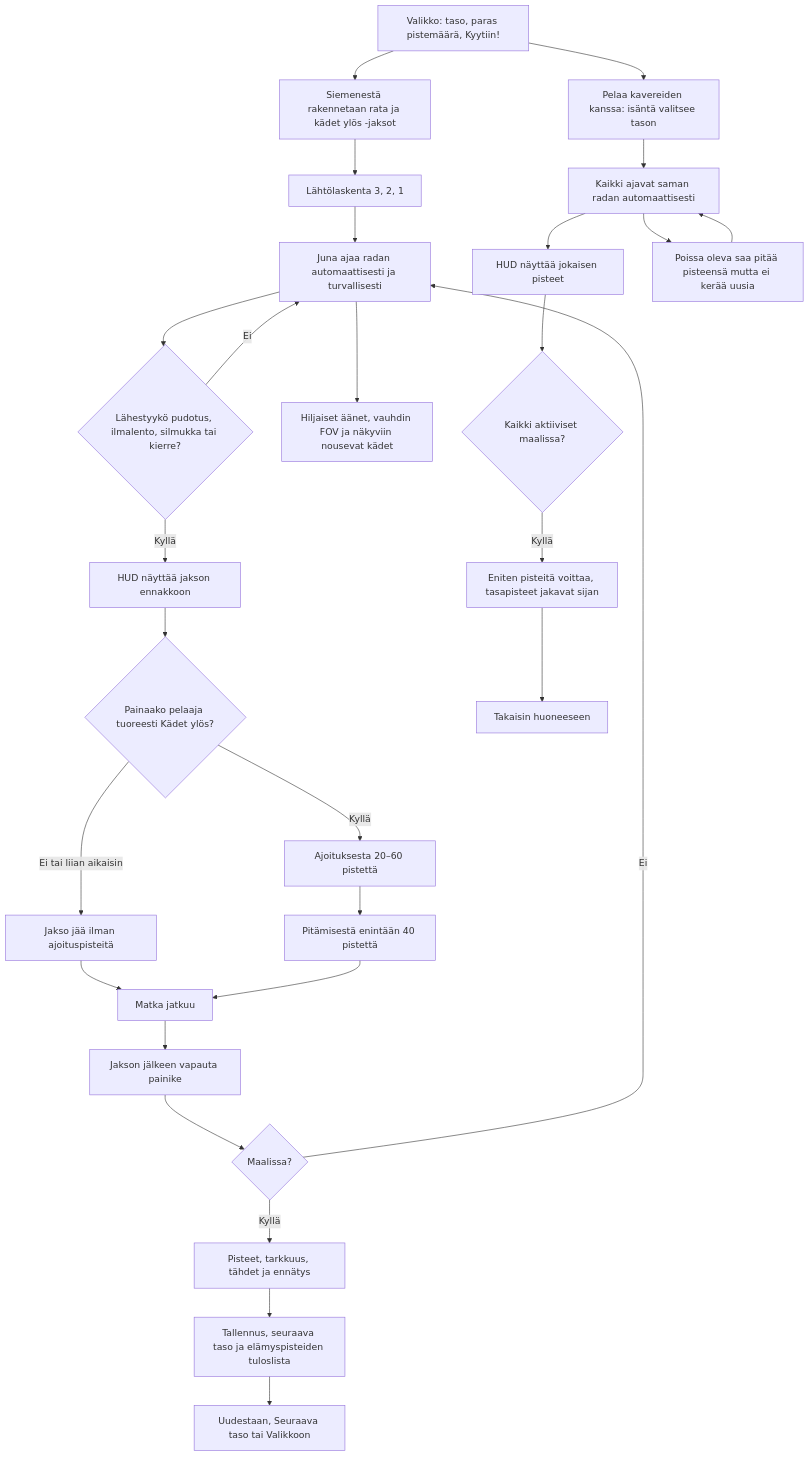
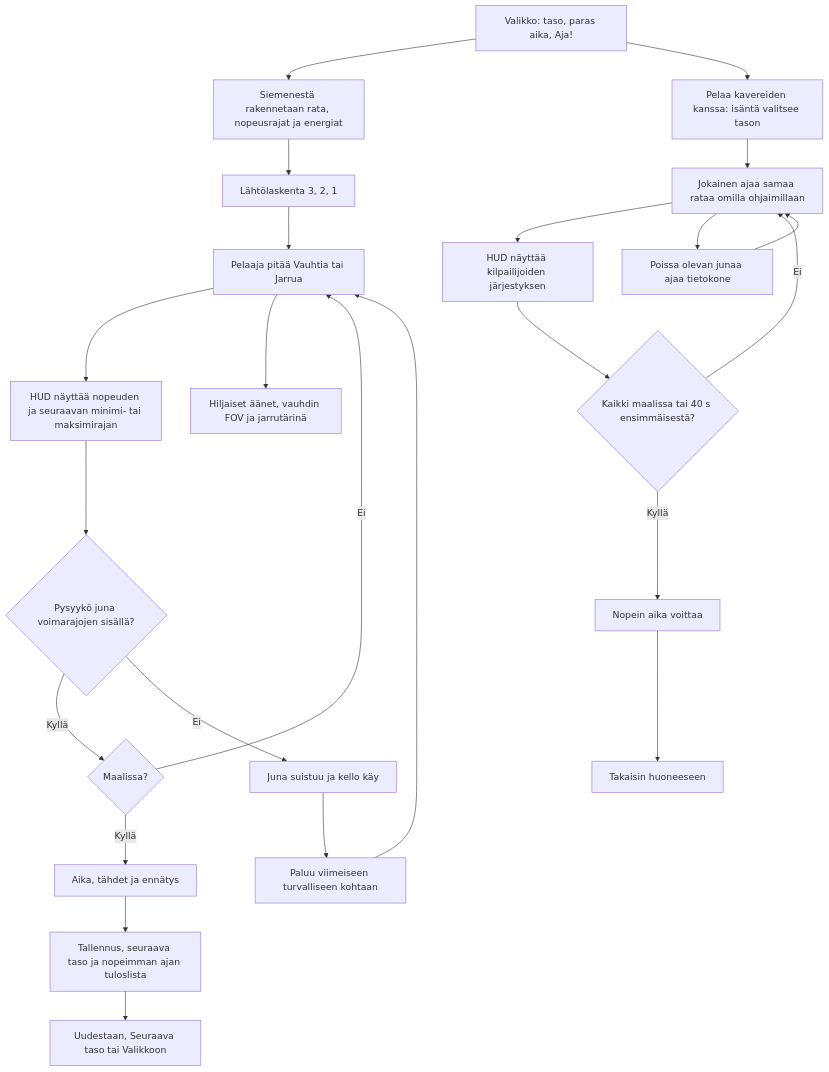
One commit to eerovil/ai-pelit changed the diagram in docs/diagrams/vuoristorata.md. Above: the diagram before and after it, drawn with Mermaid. The commit also changed other lines of this file and 12 other files, not shown here.

````diff
--- a/docs/diagrams/vuoristorata.md
+++ b/docs/diagrams/vuoristorata.md
@@ -11,37 +7,32 @@
 ```mermaid
 flowchart TD
-  A[Valikko: taso, paras pistemäärä, Kyytiin!] --> B[Siemenestä rakennetaan rata ja kädet ylös -jaksot]
+  A[Valikko: taso, paras aika, Aja!] --> B[Siemenestä rakennetaan rata, nopeusrajat ja energiat]
   B --> C[Lähtölaskenta 3, 2, 1]
-  C --> D[Juna ajaa radan automaattisesti ja turvallisesti]
-  D --> E{Lähestyykö pudotus, ilmalento, silmukka tai kierre?}
-  E -- Ei --> D
-  E -- Kyllä --> F[HUD näyttää jakson ennakkoon]
-  F --> G{Painaako pelaaja tuoreesti Kädet ylös?}
-  G -- Ei tai liian aikaisin --> H[Jakso jää ilman ajoituspisteitä]
-  G -- Kyllä --> I[Ajoituksesta 20–60 pistettä]
-  I --> J[Pitämisestä enintään 40 pistettä]
-  H --> K[Matka jatkuu]
-  J --> K
-  K --> L[Jakson jälkeen vapauta painike]
-  L --> M{Maalissa?}
-  M -- Ei --> D
-  M -- Kyllä --> N[Pisteet, tarkkuus, tähdet ja ennätys]
-  N --> O[Tallennus, seuraava taso ja elämyspisteiden tuloslista]
-  O --> P[Uudestaan, Seuraava taso tai Valikkoon]
-  D --> Q[Hiljaiset äänet, vauhdin FOV ja näkyviin nousevat kädet]
-  A --> R[Pelaa kavereiden kanssa: isäntä valitsee tason]
-  R --> S[Kaikki ajavat saman radan automaattisesti]
-  S --> T[HUD näyttää jokaisen pisteet]
-  T --> U{Kaikki aktiiviset maalissa?}
-  U -- Kyllä --> V[Eniten pisteitä voittaa, tasapisteet jakavat sijan]
-  V --> W[Takaisin huoneeseen]
-  S --> X[Poissa oleva saa pitää pisteensä mutta ei kerää uusia]
-  X --> S
-  class A,C,F,I,J,L,P blue
-  class E,G,M,U amber
-  class B,D teal
+  C --> D[Pelaaja pitää Vauhtia tai Jarrua]
+  D --> E[HUD näyttää nopeuden ja seuraavan minimi- tai maksimirajan]
+  E --> F{Pysyykö juna voimarajojen sisällä?}
+  F -- Kyllä --> G{Maalissa?}
+  G -- Ei --> D
+  F -- Ei --> H[Juna suistuu ja kello käy]
+  H --> I[Paluu viimeiseen turvalliseen kohtaan]
+  I --> D
+  G -- Kyllä --> J[Aika, tähdet ja ennätys]
+  J --> K[Tallennus, seuraava taso ja nopeimman ajan tuloslista]
+  K --> L[Uudestaan, Seuraava taso tai Valikkoon]
+  D --> M[Hiljaiset äänet, vauhdin FOV ja jarrutärinä]
+  A --> N[Pelaa kavereiden kanssa: isäntä valitsee tason]
+  N --> O[Jokainen ajaa samaa rataa omilla ohjaimillaan]
+  O --> P[HUD näyttää kilpailijoiden järjestyksen]
+  P --> Q{Kaikki maalissa tai 40 s ensimmäisestä?}
+  Q -- Ei --> O
+  Q -- Kyllä --> R[Nopein aika voittaa]
+  R --> S[Takaisin huoneeseen]
+  O --> T[Poissa olevan junaa ajaa tietokone]
+  T --> O
+  class A,C,D,E,L,M blue
+  class F,G,Q amber
+  class B,I teal
   class H rose
-  class K,N,O green
-  class Q blue
-  class R,S,T,V,W,X violet
+  class J,K green
+  class N,O,P,R,S,T violet
 ```
````
